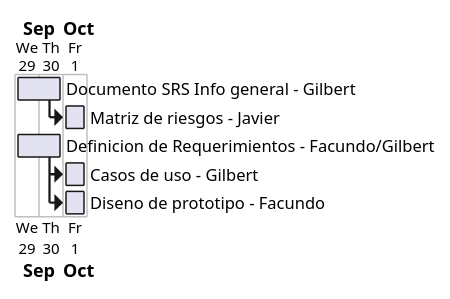
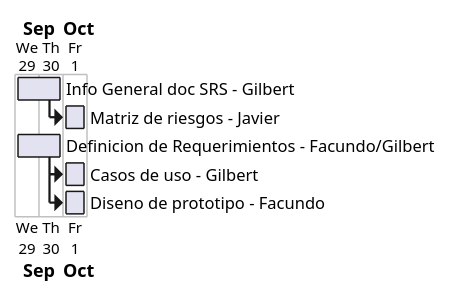
One commit to facund015/codeRelatedObsidianNotes changed the diagram in Diagramas.md. Above: the diagram before and after it, drawn with PlantUML.

Commit message:
vault backup: 2021-10-01 15:40:30

````diff
--- a/Diagramas.md
+++ b/Diagramas.md
@@ -1,18 +1,18 @@
 ```plantuml
 
 @startgantt
 Project starts 2021-09-29
 
-[Documento SRS Info general - Gilbert] as [SRS] lasts 2 days and starts 2021-09-29
+[Info General doc SRS - Gilbert] as [SRS] lasts 2 days and starts 2021-09-29
 [Matriz de riesgos - Javier] as [MR] lasts 1 days and starts at [SRS]'s end
 
 [Definicion de Requerimientos - Facundo/Gilbert] as [DR] lasts 2 day and starts 2021-09-29
 [Casos de uso - Gilbert] as [CS] lasts 1 day and starts at [DR]'s end
 [Diseno de prototipo - Facundo] as [DP] lasts 1 days and starts at [CS]'s start
 
 
 @endgantt
 
 
 
 ```
````
